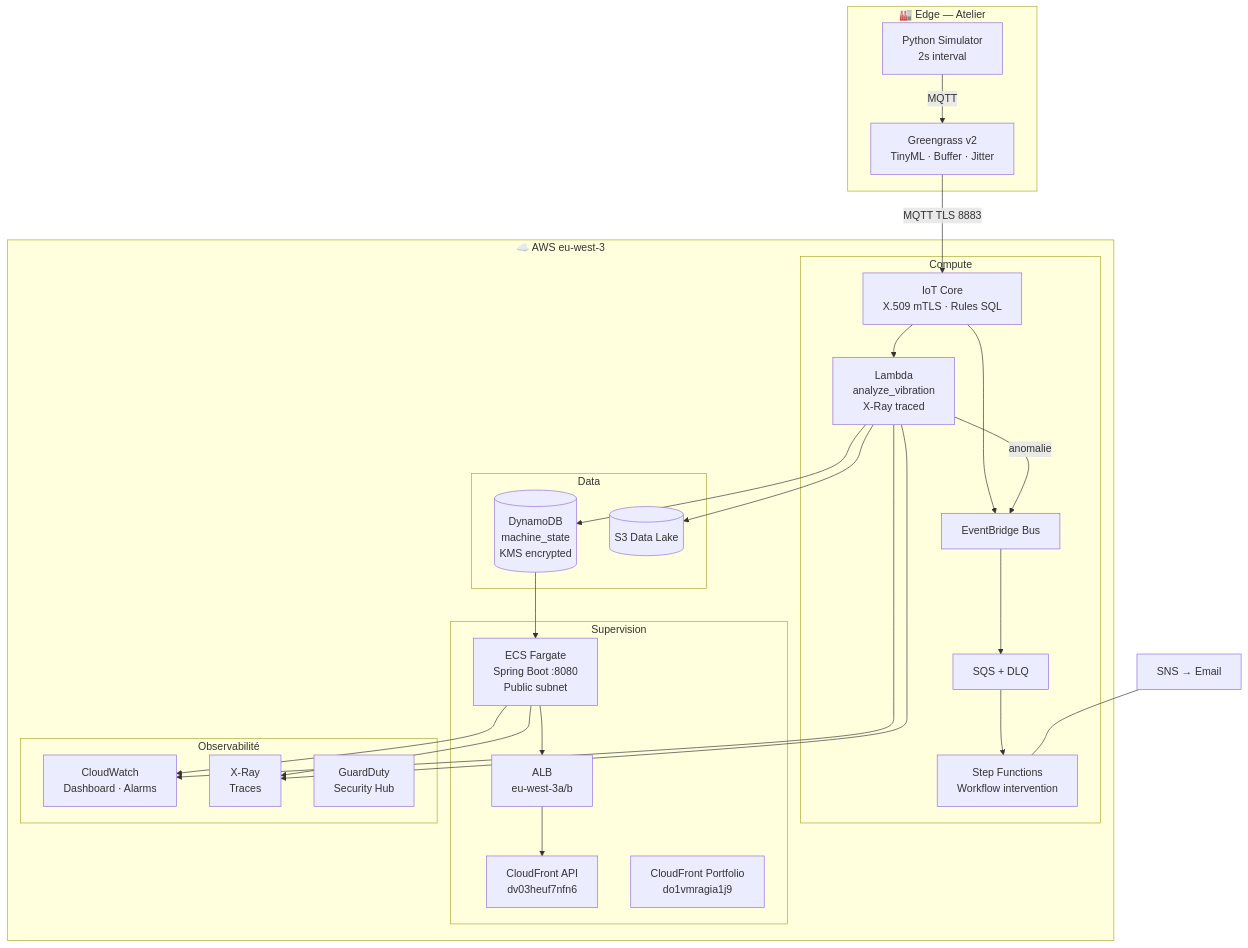
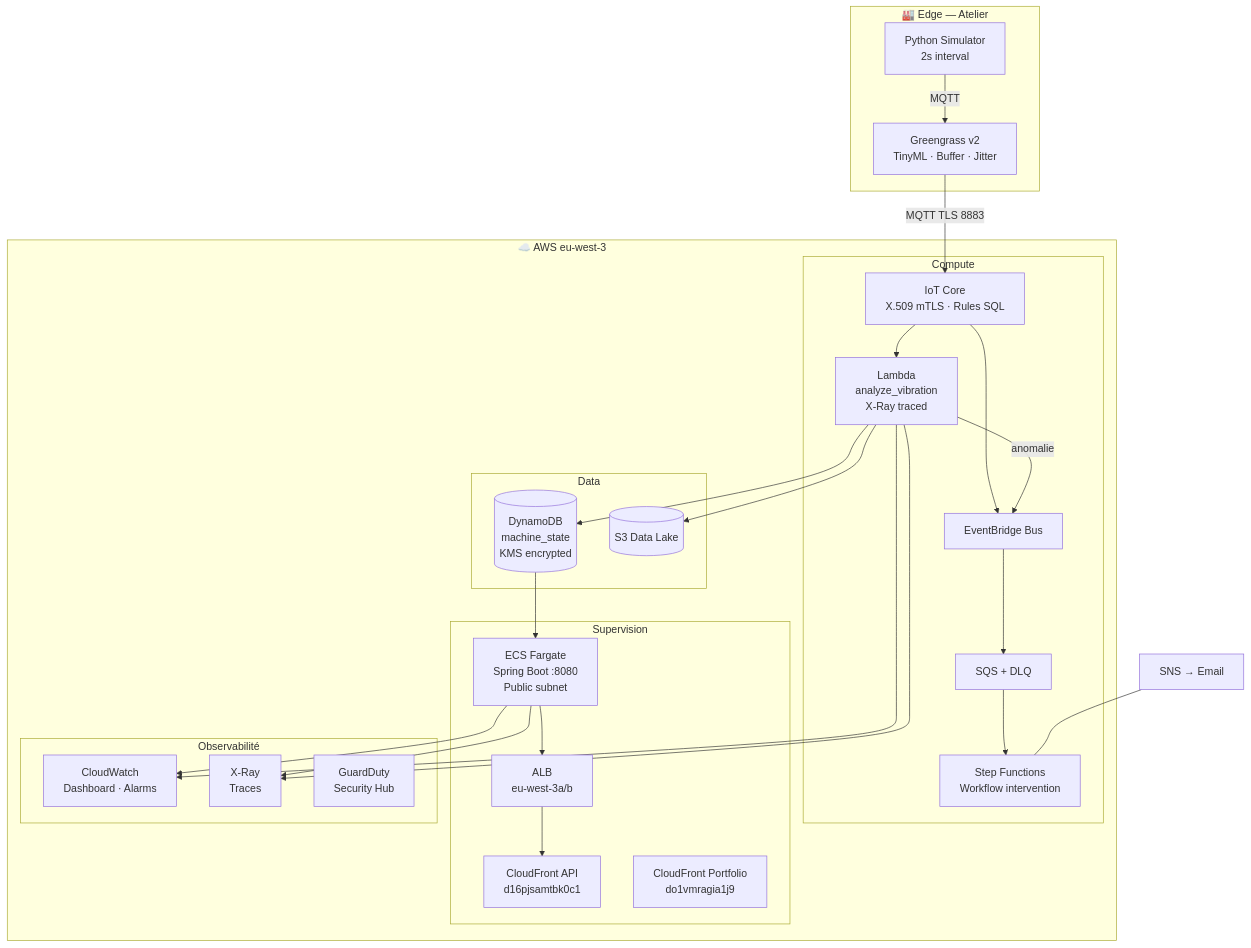
One commit to lansanconde/smart-assembly-line changed the diagram in docs/ARCH/SAAL-ARCH-007-synthese-finale.md. Above: the diagram before and after it, drawn with Mermaid. The commit also changed other lines of this file and 7 other files, not shown here.

Commit message:
fix: update CloudFront API URL to d16pjsamtbk0c1

````diff
--- a/docs/ARCH/SAAL-ARCH-007-synthese-finale.md
+++ b/docs/ARCH/SAAL-ARCH-007-synthese-finale.md
@@ -9,46 +9,46 @@
 ```mermaid
 flowchart TD
     subgraph EDGE["🏭 Edge — Atelier"]
         SIM[Python Simulator\n2s interval]
         GG[Greengrass v2\nTinyML · Buffer · Jitter]
         SIM -->|MQTT| GG
     end
 
     subgraph CLOUD["☁️ AWS eu-west-3"]
         IOT[IoT Core\nX.509 mTLS · Rules SQL]
         GG -->|MQTT TLS 8883| IOT
 
         subgraph COMPUTE["Compute"]
             LV[Lambda\nanalyze_vibration\nX-Ray traced]
             EB[EventBridge Bus]
             SQS[SQS + DLQ]
             SF[Step Functions\nWorkflow intervention]
             IOT --> LV & EB
             LV -->|anomalie| EB
             EB --> SQS --> SF
         end
 
         subgraph DATA["Data"]
             DDB[(DynamoDB\nmachine_state\nKMS encrypted)]
             S3[(S3 Data Lake)]
             LV --> DDB & S3
         end
 
         subgraph SERVE["Supervision"]
             ECS[ECS Fargate\nSpring Boot :8080\nPublic subnet]
             ALB[ALB\neu-west-3a/b]
-            CF_API[CloudFront API\ndv03heuf7nfn6]
+            CF_API[CloudFront API\nd16pjsamtbk0c1]
             CF_WEB[CloudFront Portfolio\ndo1vmragia1j9]
             DDB --> ECS --> ALB --> CF_API
         end
 
         subgraph OPS["Observabilité"]
             CW[CloudWatch\nDashboard · Alarms]
             XR[X-Ray\nTraces]
             GD[GuardDuty\nSecurity Hub]
         end
     end
 
     SNS[SNS → Email] --- SF
     ECS & LV --> CW & XR
 ```
````
